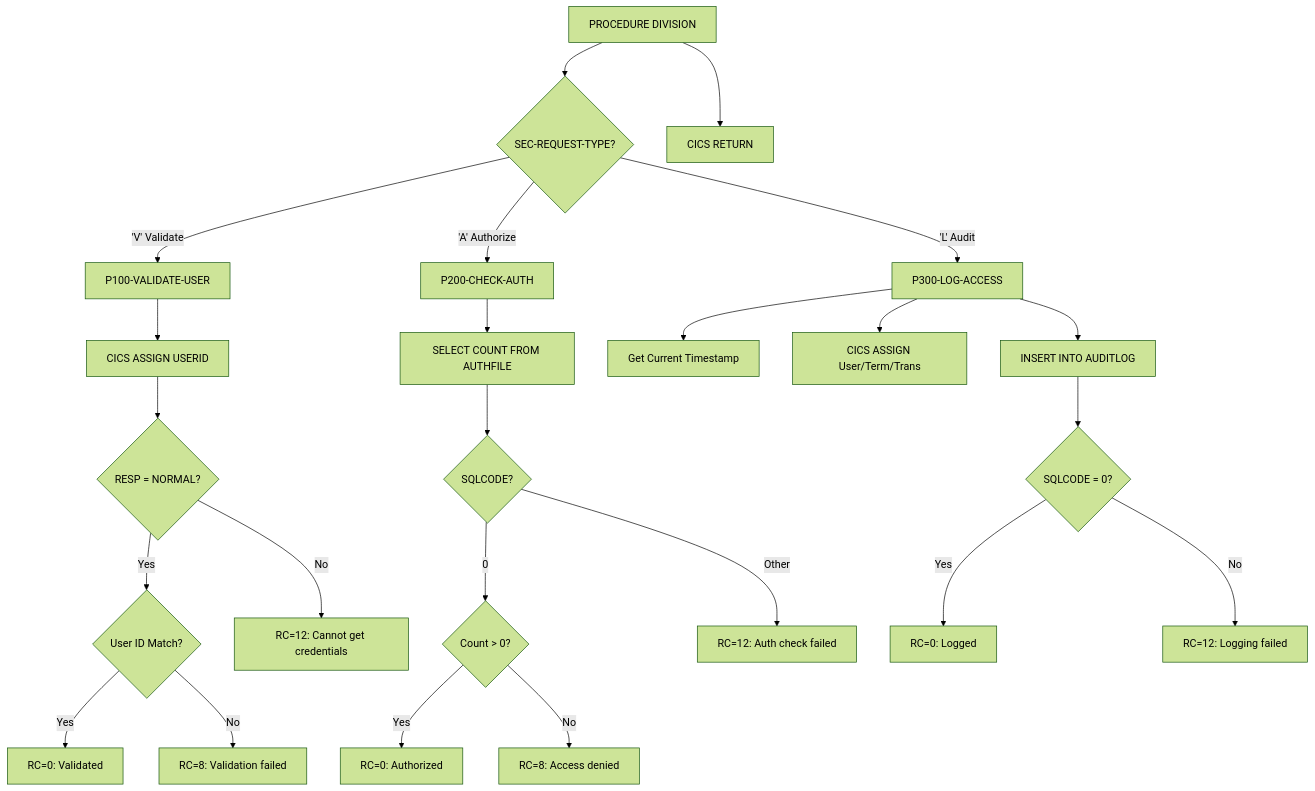
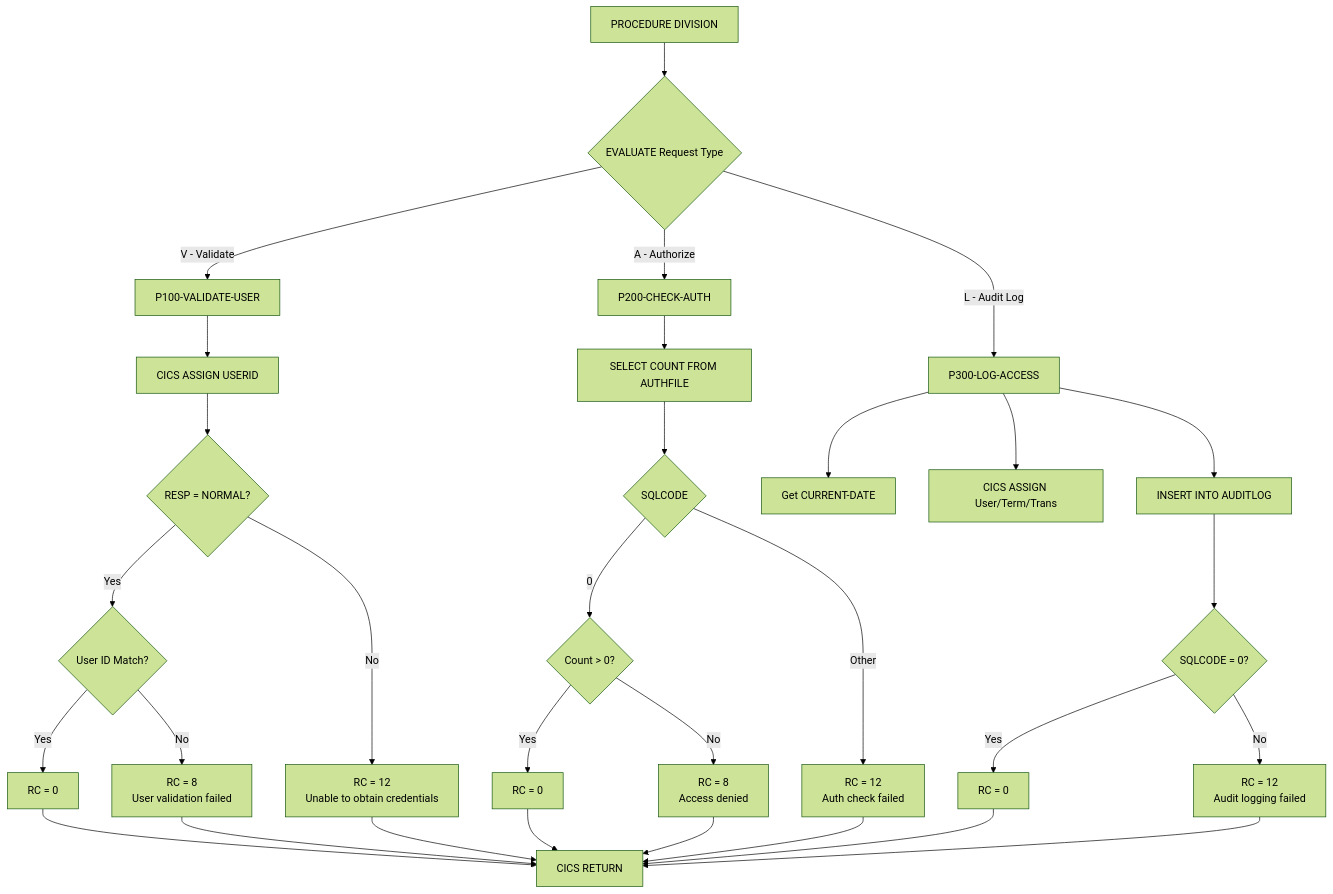
Before and after one commit to haladir-com/legacy-benchmark-docs-vb70e1: the diagram in docs/programs/SECMGR.mdx, drawn with Mermaid (forest theme). The commit also changed other lines of this file and 63 other files, not shown here.

````diff
--- a/docs/programs/SECMGR.mdx
+++ b/docs/programs/SECMGR.mdx
@@ -18,30 +16,37 @@
 ```mermaid
 graph TD
-    A[PROCEDURE DIVISION] --> B{SEC-REQUEST-TYPE?}
-    B -->|'V' Validate| C[P100-VALIDATE-USER]
-    B -->|'A' Authorize| D[P200-CHECK-AUTH]
-    B -->|'L' Audit| E[P300-LOG-ACCESS]
+    A[PROCEDURE DIVISION] --> B{EVALUATE Request Type}
+    B -->|V - Validate| C[P100-VALIDATE-USER]
+    B -->|A - Authorize| D[P200-CHECK-AUTH]
+    B -->|L - Audit Log| E[P300-LOG-ACCESS]
     
     C --> C1[CICS ASSIGN USERID]
     C1 --> C2{RESP = NORMAL?}
     C2 -->|Yes| C3{User ID Match?}
-    C2 -->|No| C4[RC=12: Cannot get credentials]
-    C3 -->|Yes| C5[RC=0: Validated]
-    C3 -->|No| C6[RC=8: Validation failed]
+    C3 -->|Yes| C4[RC = 0]
+    C3 -->|No| C5[RC = 8<br/>User validation failed]
+    C2 -->|No| C6[RC = 12<br/>Unable to obtain credentials]
     
     D --> D1[SELECT COUNT FROM AUTHFILE]
-    D1 --> D2{SQLCODE?}
+    D1 --> D2{SQLCODE}
     D2 -->|0| D3{Count > 0?}
-    D2 -->|Other| D4[RC=12: Auth check failed]
-    D3 -->|Yes| D5[RC=0: Authorized]
-    D3 -->|No| D6[RC=8: Access denied]
+    D3 -->|Yes| D4[RC = 0]
+    D3 -->|No| D5[RC = 8<br/>Access denied]
+    D2 -->|Other| D6[RC = 12<br/>Auth check failed]
     
-    E --> E1[Get Current Timestamp]
+    E --> E1[Get CURRENT-DATE]
     E --> E2[CICS ASSIGN User/Term/Trans]
     E --> E3[INSERT INTO AUDITLOG]
     E3 --> E4{SQLCODE = 0?}
-    E4 -->|Yes| E5[RC=0: Logged]
-    E4 -->|No| E6[RC=12: Logging failed]
+    E4 -->|Yes| E5[RC = 0]
+    E4 -->|No| E6[RC = 12<br/>Audit logging failed]
     
-    A --> F[CICS RETURN]
+    C4 --> F[CICS RETURN]
+    C5 --> F
+    C6 --> F
+    D4 --> F
+    D5 --> F
+    D6 --> F
+    E5 --> F
+    E6 --> F
 ```
````
